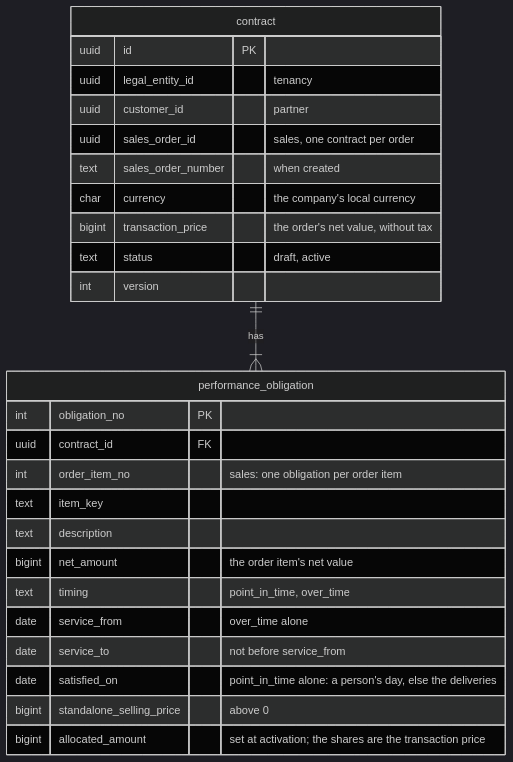
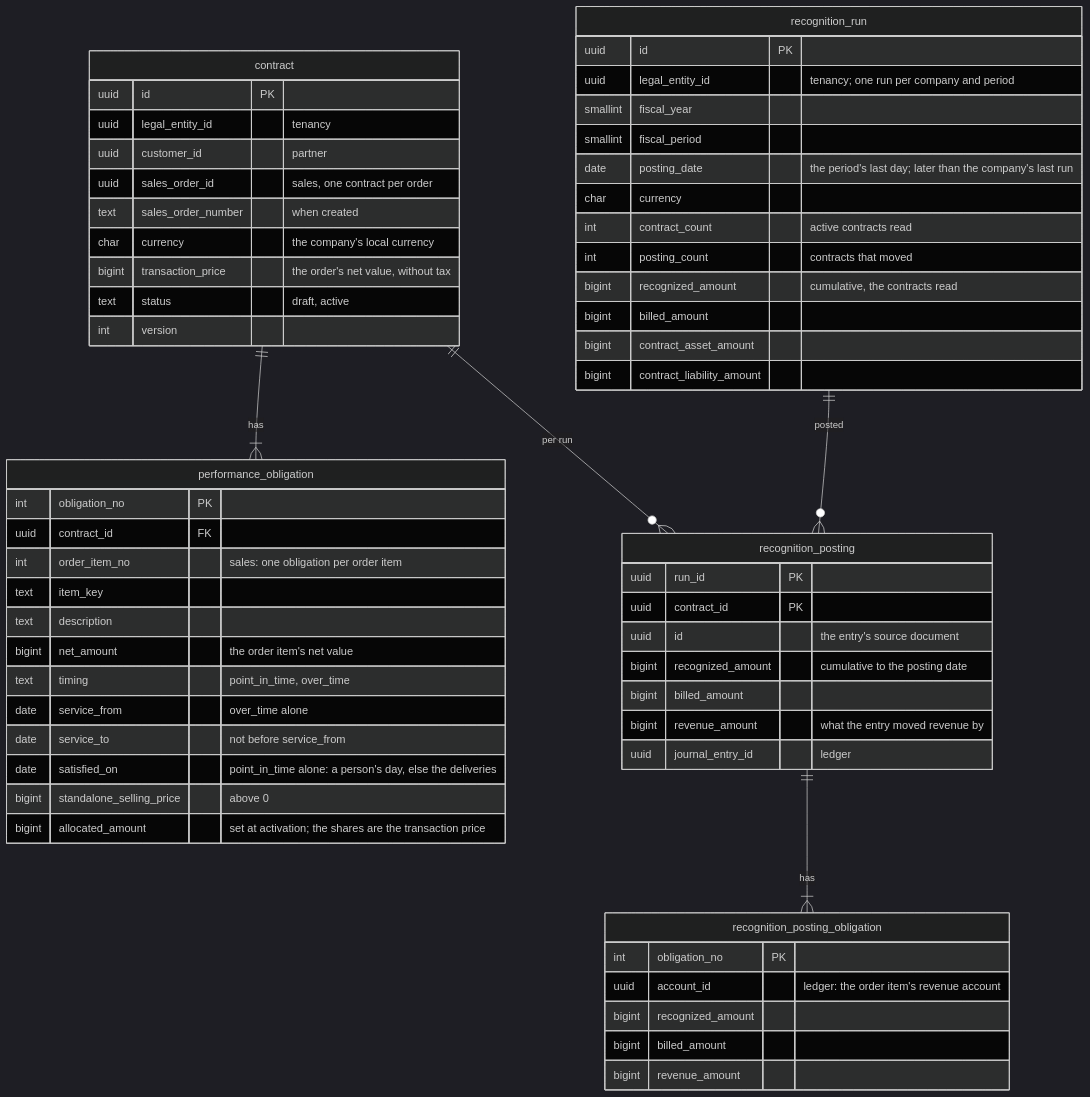
One commit to mustie7iy/agentic-erp changed diagram 18 of 18 in docs/design/03-data-model.md. Above: the diagram before and after it, drawn with Mermaid (dark theme). The commit also changed other lines of this file and 44 other files, not shown here.

````diff
--- a/docs/design/03-data-model.md
+++ b/docs/design/03-data-model.md
@@ -4842,25 +4847,52 @@
 ```mermaid
 erDiagram
   contract ||--|{ performance_obligation : "has"
   contract { uuid id PK
     uuid legal_entity_id "tenancy"
     uuid customer_id "partner"
     uuid sales_order_id "sales, one contract per order"
     text sales_order_number "when created"
     char currency "the company's local currency"
     bigint transaction_price "the order's net value, without tax"
     text status "draft, active"
     int version }
   performance_obligation { int obligation_no PK
     uuid contract_id FK
     int order_item_no "sales: one obligation per order item"
     text item_key
     text description
     bigint net_amount "the order item's net value"
     text timing "point_in_time, over_time"
     date service_from "over_time alone"
     date service_to "not before service_from"
     date satisfied_on "point_in_time alone: a person's day, else the deliveries"
     bigint standalone_selling_price "above 0"
     bigint allocated_amount "set at activation; the shares are the transaction price" }
+  recognition_run ||--o{ recognition_posting : "posted"
+  contract ||--o{ recognition_posting : "per run"
+  recognition_posting ||--|{ recognition_posting_obligation : "has"
+  recognition_run { uuid id PK
+    uuid legal_entity_id "tenancy; one run per company and period"
+    smallint fiscal_year
+    smallint fiscal_period
+    date posting_date "the period's last day; later than the company's last run"
+    char currency
+    int contract_count "active contracts read"
+    int posting_count "contracts that moved"
+    bigint recognized_amount "cumulative, the contracts read"
+    bigint billed_amount
+    bigint contract_asset_amount
+    bigint contract_liability_amount }
+  recognition_posting { uuid run_id PK
+    uuid contract_id PK
+    uuid id "the entry's source document"
+    bigint recognized_amount "cumulative to the posting date"
+    bigint billed_amount
+    bigint revenue_amount "what the entry moved revenue by"
+    uuid journal_entry_id "ledger" }
+  recognition_posting_obligation { int obligation_no PK
+    uuid account_id "ledger: the order item's revenue account"
+    bigint recognized_amount
+    bigint billed_amount
+    bigint revenue_amount }
 ```
````
